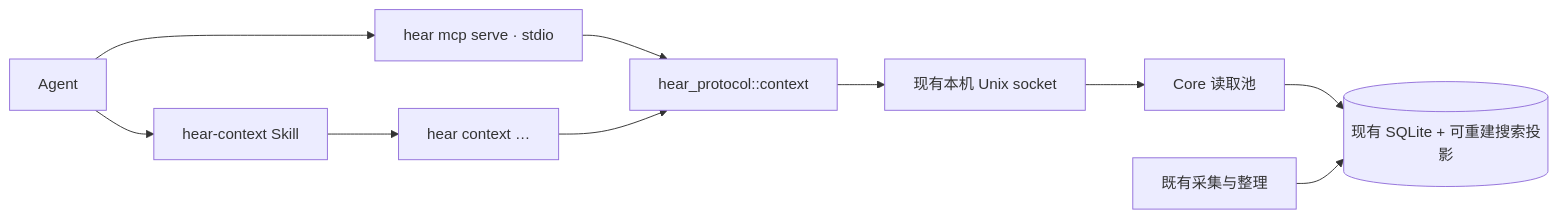
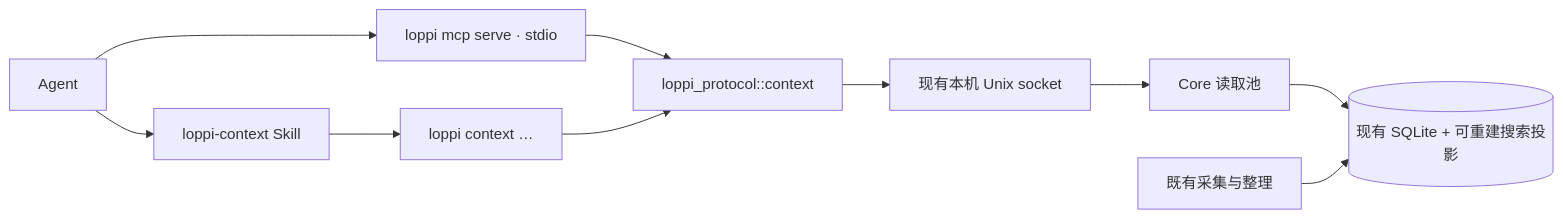
One commit to hAcKlyc/loppi changed the diagram in specs/tech_docs/agent-context.md. Above: the diagram before and after it, drawn with Mermaid. The commit also changed other lines of this file and 332 other files, not shown here.

````diff
--- a/specs/tech_docs/agent-context.md
+++ b/specs/tech_docs/agent-context.md
@@ -7,12 +7,12 @@
 ```mermaid
 flowchart LR
-  Agent --> MCP[hear mcp serve · stdio]
-  Agent --> Skill[hear-context Skill]
-  Skill --> CLI[hear context …]
-  MCP --> Contract[hear_protocol::context]
+  Agent --> MCP[loppi mcp serve · stdio]
+  Agent --> Skill[loppi-context Skill]
+  Skill --> CLI[loppi context …]
+  MCP --> Contract[loppi_protocol::context]
   CLI --> Contract
   Contract --> IPC[现有本机 Unix socket]
   IPC --> Core[Core 读取池]
   Core --> Data[(现有 SQLite + 可重建搜索投影)]
   Capture[既有采集与整理] --> Data
 ```
````
